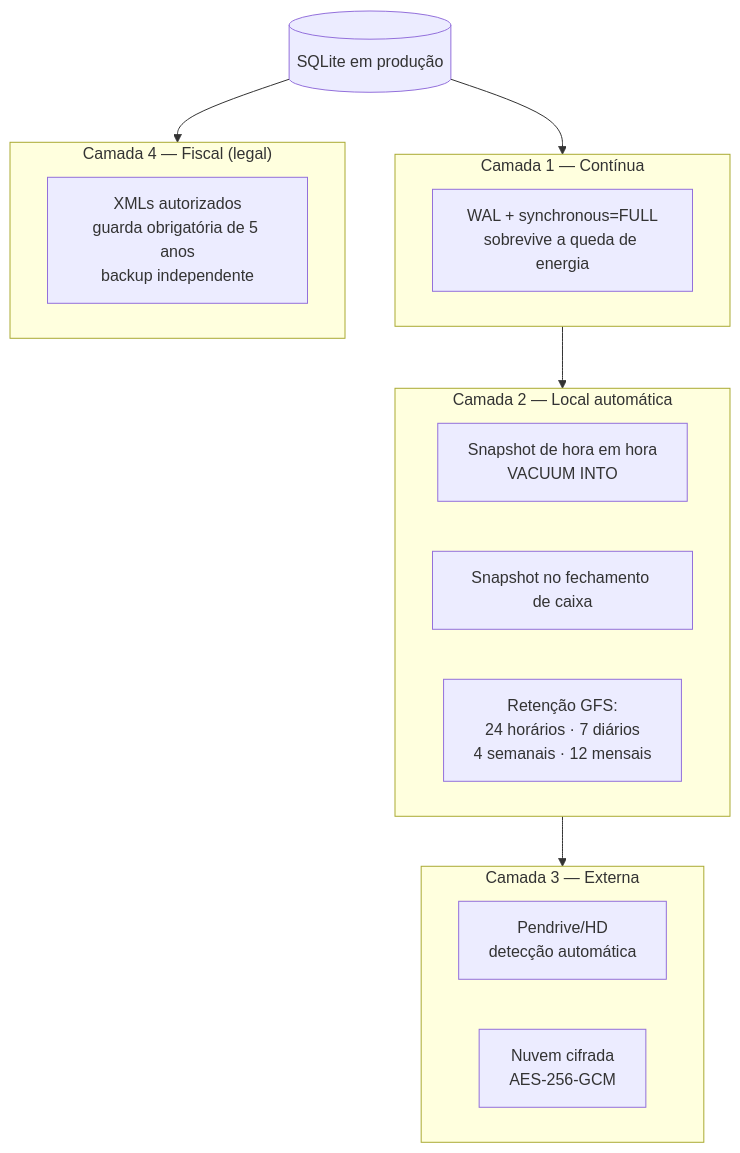
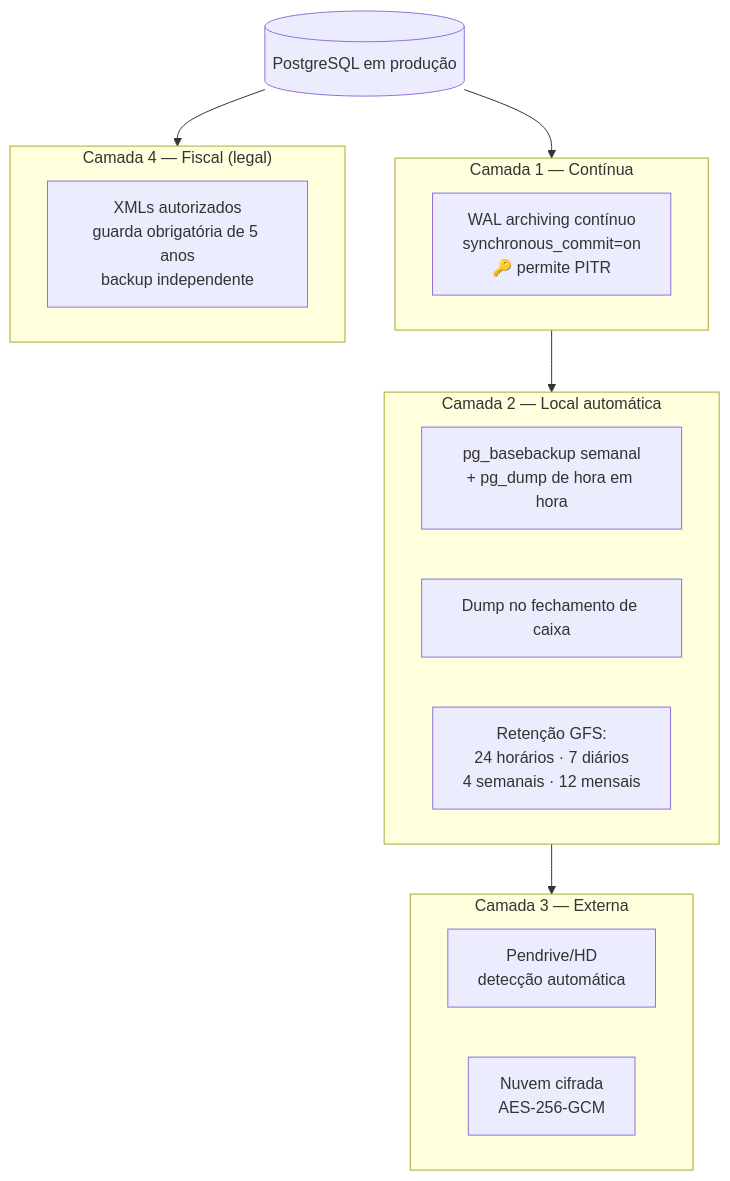
One commit to brilhatex-dotcom/erp-pdv changed the tenth of 17 diagrams in docs/ARQUITETURA.md. Above: the diagram before and after it, drawn with Mermaid. The commit also changed other lines of this file and 1 other file, not shown here.

````diff
--- a/docs/ARQUITETURA.md
+++ b/docs/ARQUITETURA.md
@@ -1122,21 +1167,21 @@
 ```mermaid
 graph TB
-    DB[("SQLite em produção")]
+    DB[("PostgreSQL em produção")]
     subgraph C1["Camada 1 — Contínua"]
-        WAL["WAL + synchronous=FULL<br/>sobrevive a queda de energia"]
+        WAL["WAL archiving contínuo<br/>synchronous_commit=on<br/>🔑 permite PITR"]
     end
     subgraph C2["Camada 2 — Local automática"]
-        SNAP["Snapshot de hora em hora<br/>VACUUM INTO"]
-        FECHA["Snapshot no fechamento de caixa"]
+        SNAP["pg_basebackup semanal<br/>+ pg_dump de hora em hora"]
+        FECHA["Dump no fechamento de caixa"]
         RET["Retenção GFS:<br/>24 horários · 7 diários<br/>4 semanais · 12 mensais"]
     end
     subgraph C3["Camada 3 — Externa"]
         USB["Pendrive/HD<br/>detecção automática"]
         CLOUD["Nuvem cifrada<br/>AES-256-GCM"]
     end
     subgraph C4["Camada 4 — Fiscal (legal)"]
         XML["XMLs autorizados<br/>guarda obrigatória de 5 anos<br/>backup independente"]
     end
     DB-->C1-->C2-->C3
     DB-->C4
 ```
````
